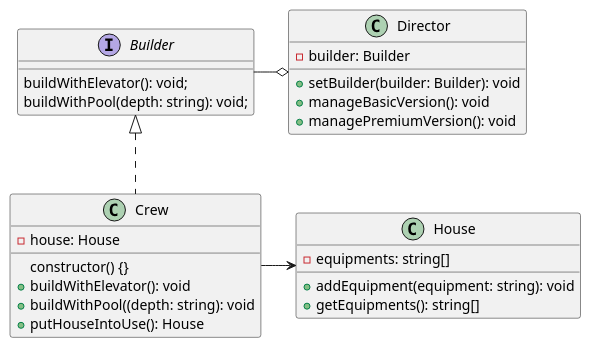
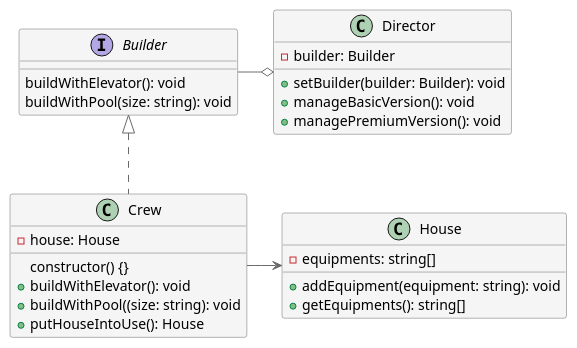
Before and after one commit to plkpiotr/design-patterns: the diagram in src/app/creational/builder/builder.puml, drawn with PlantUML. The commit also changed 10 other files, not shown here.

```diff
--- a/src/app/creational/builder/builder.puml
+++ b/src/app/creational/builder/builder.puml
@@ -1,33 +1,39 @@
 @startuml
 
+skinparam class {
+  backgroundColor whitesmoke
+  arrowColor dimgrey
+  borderColor dimgrey
+}
+
 interface Builder {
-  buildWithElevator(): void;
-  buildWithPool(depth: string): void;
+  buildWithElevator(): void
+  buildWithPool(size: string): void
 }
 
 class Director {
   - builder: Builder
   + setBuilder(builder: Builder): void
   + manageBasicVersion(): void
   + managePremiumVersion(): void
 }
 
 class Crew {
   - house: House
     constructor() {}
   + buildWithElevator(): void
-  + buildWithPool((depth: string): void
+  + buildWithPool((size: string): void
   + putHouseIntoUse(): House
 }
 
 class House {
   - equipments: string[]
   + addEquipment(equipment: string): void
   + getEquipments(): string[]
 }
 
 Builder -o Director
 Builder <|.. Crew
 Crew -> House
 
 @enduml
```
